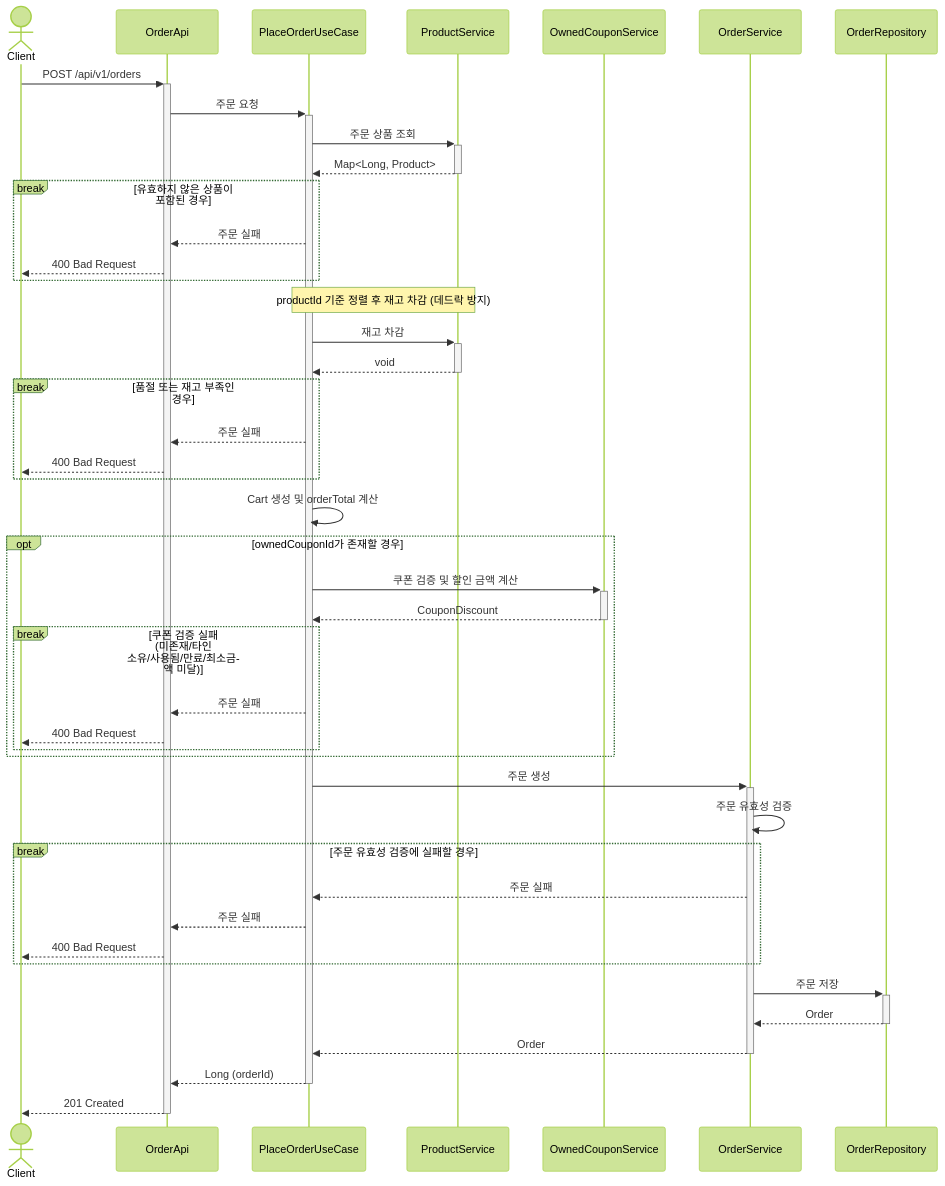
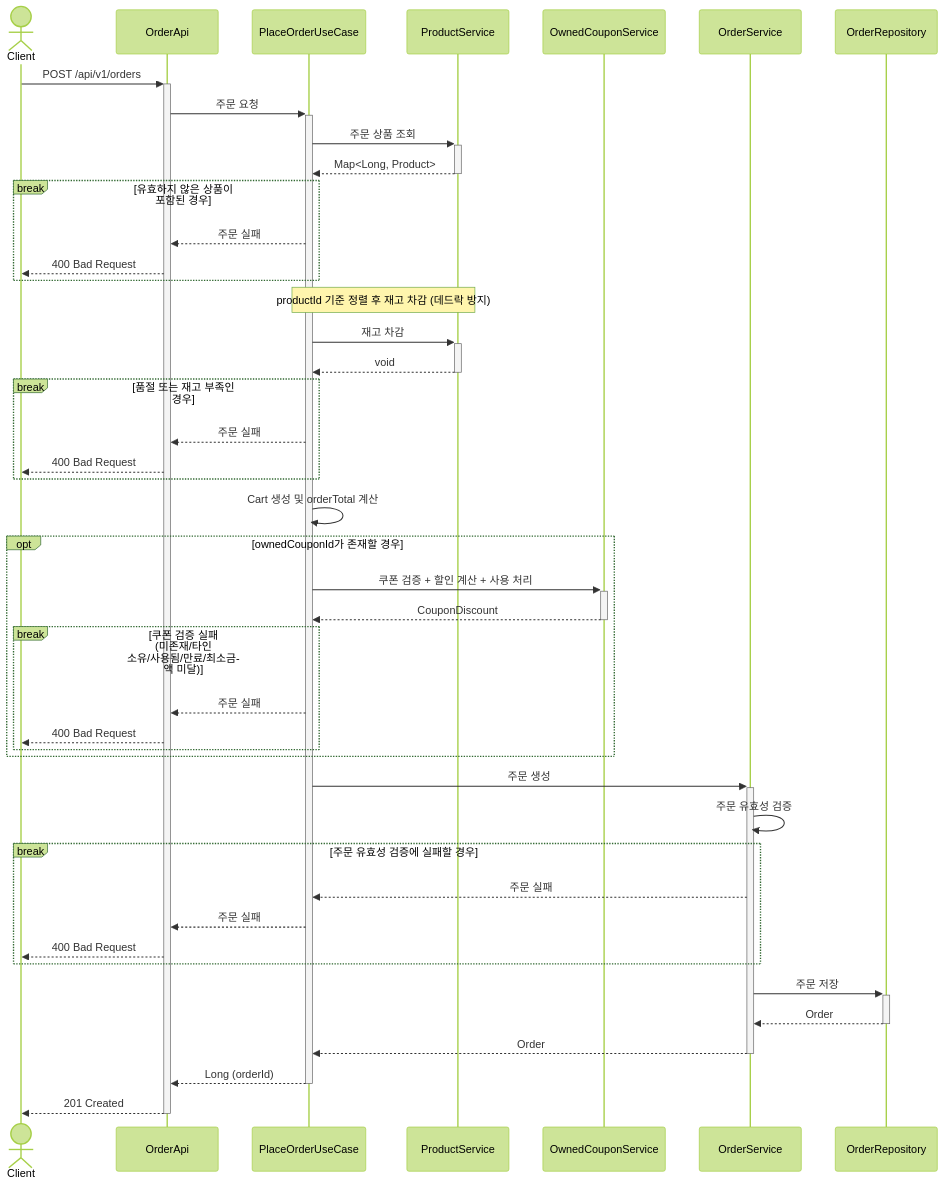
Before and after one commit to Loopers-dev-lab/loop-pack-be-l2-vol3-java: diagram 29 of 33 in .docs/design/02-sequence-diagrams.md, drawn with Mermaid (forest theme). The commit also changed other lines of this file and 7 other files, not shown here.

````diff
--- a/.docs/design/02-sequence-diagrams.md
+++ b/.docs/design/02-sequence-diagrams.md
@@ -956,58 +956,58 @@
 ```mermaid
 sequenceDiagram
     actor Client
     participant OrderApi
     participant PlaceOrderUseCase
     participant ProductService
     participant OwnedCouponService
     participant OrderService
     participant OrderRepository
 
     Client ->>+ OrderApi: POST /api/v1/orders
     OrderApi ->>+ PlaceOrderUseCase: 주문 요청
 
     PlaceOrderUseCase ->>+ ProductService: 주문 상품 조회
     ProductService -->>- PlaceOrderUseCase: Map<Long, Product>
 
     break 유효하지 않은 상품이 포함된 경우
         PlaceOrderUseCase -->> OrderApi: 주문 실패
         OrderApi -->> Client: 400 Bad Request
     end
 
     Note over PlaceOrderUseCase,ProductService: productId 기준 정렬 후 재고 차감 (데드락 방지)
     PlaceOrderUseCase ->>+ ProductService: 재고 차감
     ProductService -->>- PlaceOrderUseCase: void
 
     break 품절 또는 재고 부족인 경우
         PlaceOrderUseCase -->> OrderApi: 주문 실패
         OrderApi -->> Client: 400 Bad Request
     end
 
     PlaceOrderUseCase ->> PlaceOrderUseCase: Cart 생성 및 orderTotal 계산
 
     opt ownedCouponId가 존재할 경우
-        PlaceOrderUseCase ->>+ OwnedCouponService: 쿠폰 검증 및 할인 금액 계산
+        PlaceOrderUseCase ->>+ OwnedCouponService: 쿠폰 검증 + 할인 계산 + 사용 처리
         OwnedCouponService -->>- PlaceOrderUseCase: CouponDiscount
 
         break 쿠폰 검증 실패 (미존재/타인 소유/사용됨/만료/최소금액 미달)
             PlaceOrderUseCase -->> OrderApi: 주문 실패
             OrderApi -->> Client: 400 Bad Request
         end
     end
 
     PlaceOrderUseCase ->>+ OrderService: 주문 생성
     OrderService ->> OrderService: 주문 유효성 검증
 
     break 주문 유효성 검증에 실패할 경우
         OrderService -->> PlaceOrderUseCase: 주문 실패
         PlaceOrderUseCase -->> OrderApi: 주문 실패
         OrderApi -->> Client: 400 Bad Request
     end
 
     OrderService ->>+ OrderRepository: 주문 저장
     OrderRepository -->>- OrderService: Order
     OrderService -->>- PlaceOrderUseCase: Order
 
     PlaceOrderUseCase -->>- OrderApi: Long (orderId)
     OrderApi -->>- Client: 201 Created
 ```
````
